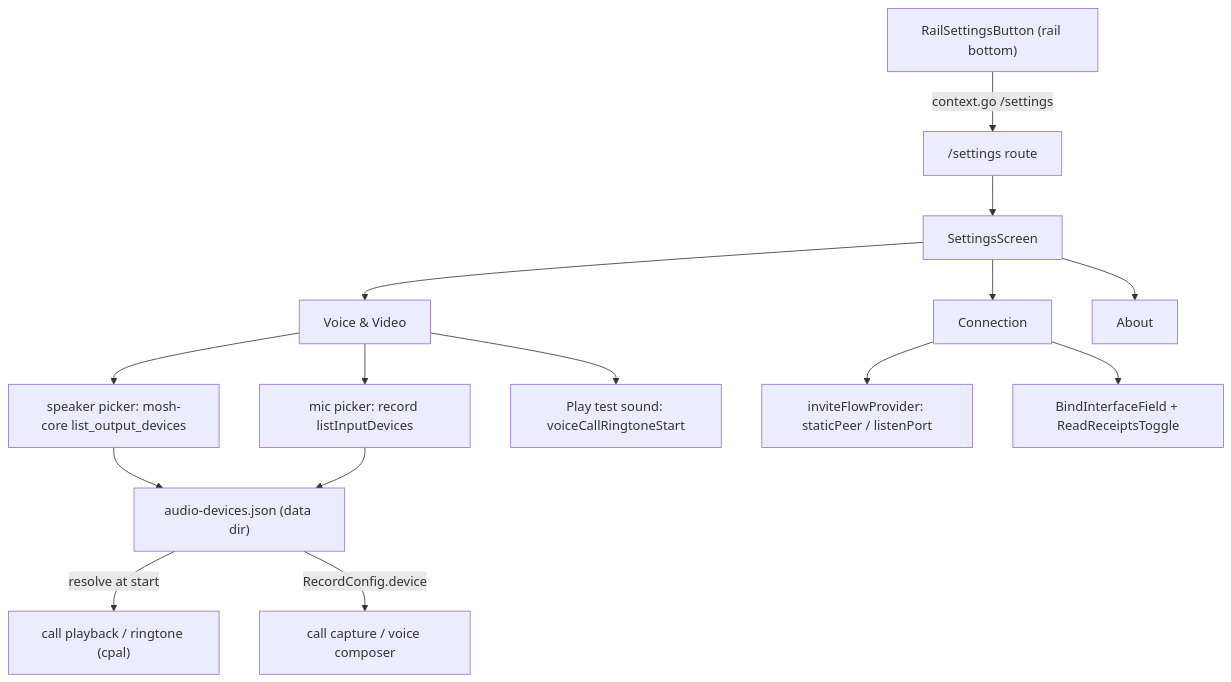
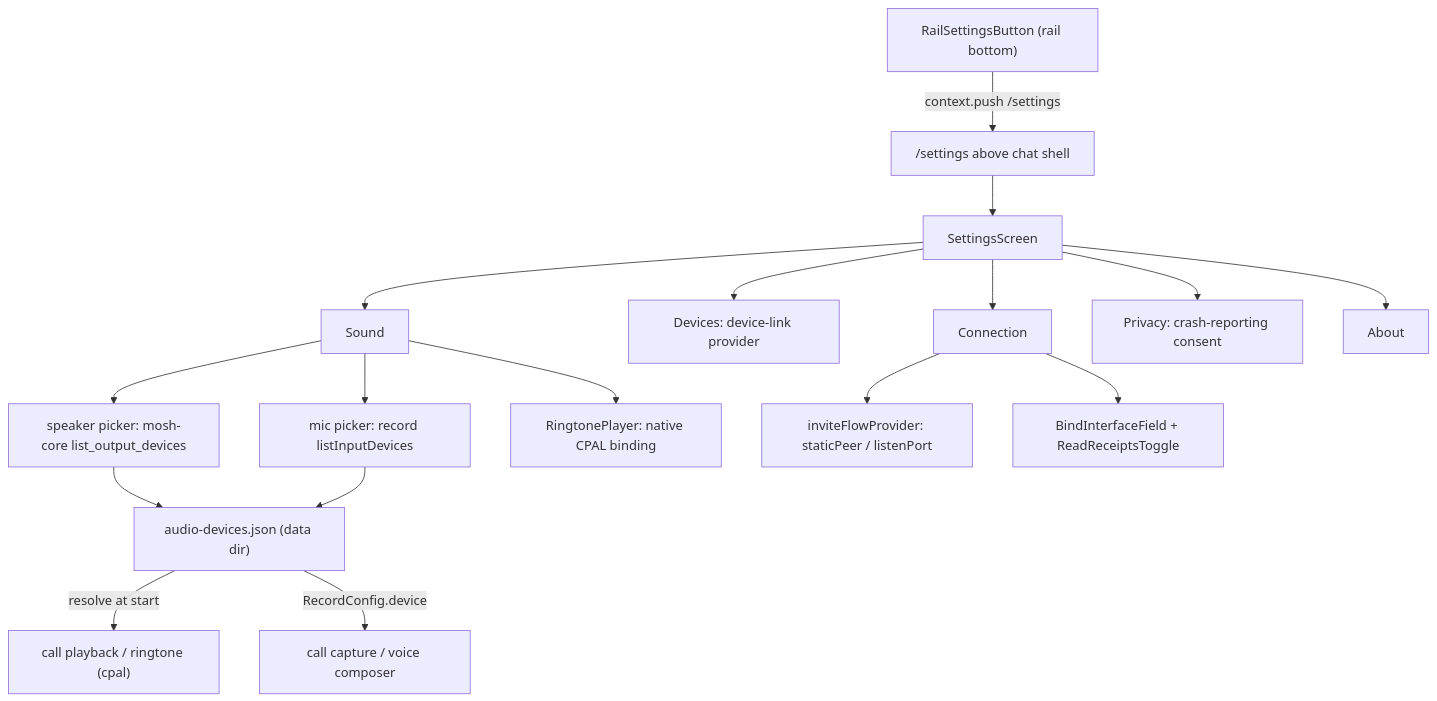
Before and after one commit to redstone-md/mosh-flutter: diagram 22 of 25 in docs/Architecture.md, drawn with Mermaid. The commit also changed other lines of this file and 18 other files, not shown here.

Commit message:
feat(settings): redesign frame and sound controls

````diff
--- a/docs/Architecture.md
+++ b/docs/Architecture.md
@@ -918,17 +927,19 @@
 ```mermaid
 flowchart TD
-    Gear["RailSettingsButton (rail bottom)"] -->|context.go /settings| Route["/settings route"]
+    Gear["RailSettingsButton (rail bottom)"] -->|context.push /settings| Route["/settings above chat shell"]
     Route --> Screen["SettingsScreen"]
-    Screen --> Voice["Voice & Video"]
+    Screen --> Voice["Sound"]
+    Screen --> Devices["Devices: device-link provider"]
     Screen --> Conn["Connection"]
+    Screen --> Privacy["Privacy: crash-reporting consent"]
     Screen --> About["About"]
     Voice --> Input["mic picker: record listInputDevices"]
     Voice --> Output["speaker picker: mosh-core list_output_devices"]
-    Voice --> Test["Play test sound: voiceCallRingtoneStart"]
+    Voice --> Test["RingtonePlayer: native CPAL binding"]
     Conn --> InviteFlow["inviteFlowProvider: staticPeer / listenPort"]
     Conn --> Bind["BindInterfaceField + ReadReceiptsToggle"]
     Output --> Store["audio-devices.json (data dir)"]
     Input --> Store
     Store -->|resolve at start| Playback["call playback / ringtone (cpal)"]
     Store -->|RecordConfig.device| Capture["call capture / voice composer"]
 ```
````
